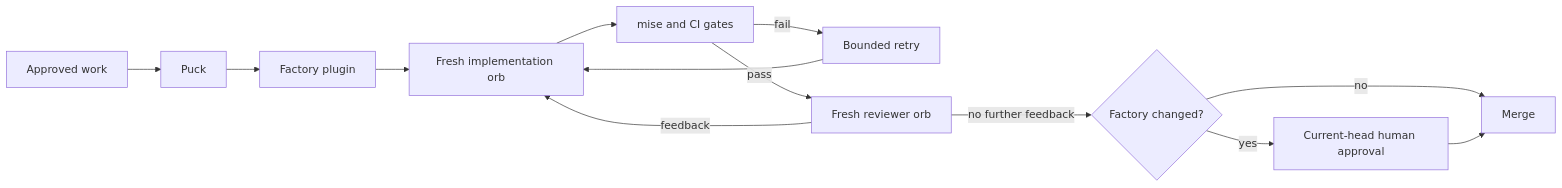
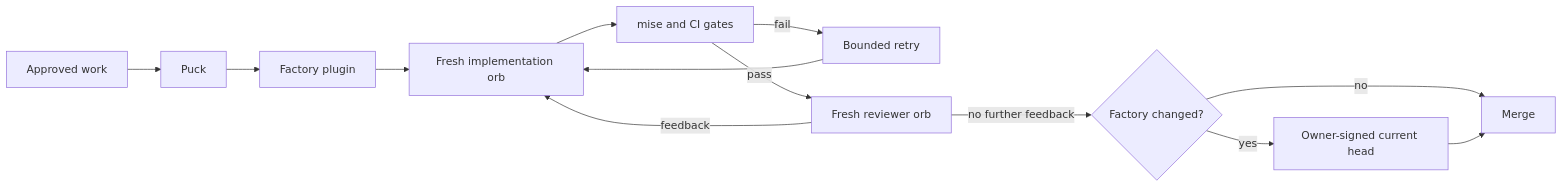
Before and after one commit to nateberkopec/mcp-deadmansnitch: the first of 2 diagrams in docs/factory/readme.md, drawn with Mermaid. The commit also changed other lines of this file and 17 other files, not shown here.

````diff
--- a/docs/factory/readme.md
+++ b/docs/factory/readme.md
@@ -7,15 +7,15 @@
 ```mermaid
 flowchart LR
     H[Approved work] --> C[Puck]
     C --> P[Factory plugin]
     P --> A[Fresh implementation orb]
     A --> G[mise and CI gates]
     G -->|fail| R[Bounded retry]
     R --> A
     G -->|pass| V[Fresh reviewer orb]
     V -->|feedback| A
     V -->|no further feedback| F{Factory changed?}
     F -->|no| M[Merge]
-    F -->|yes| U[Current-head human approval]
+    F -->|yes| U[Owner-signed current head]
     U --> M
 ```
````
